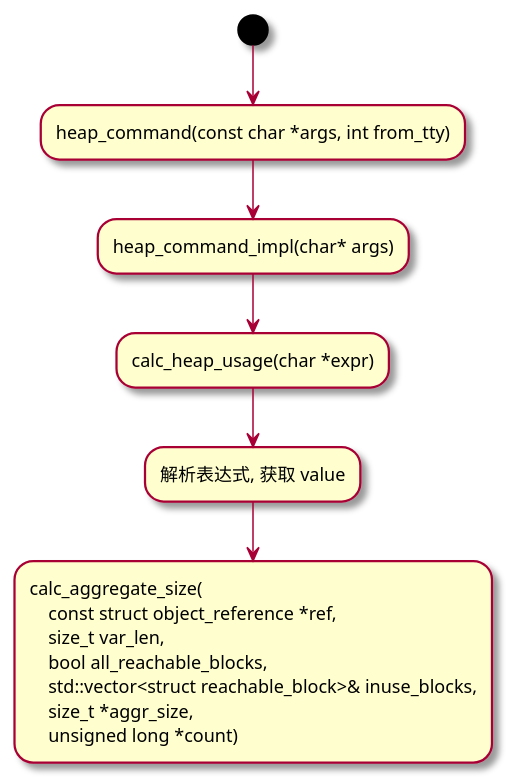
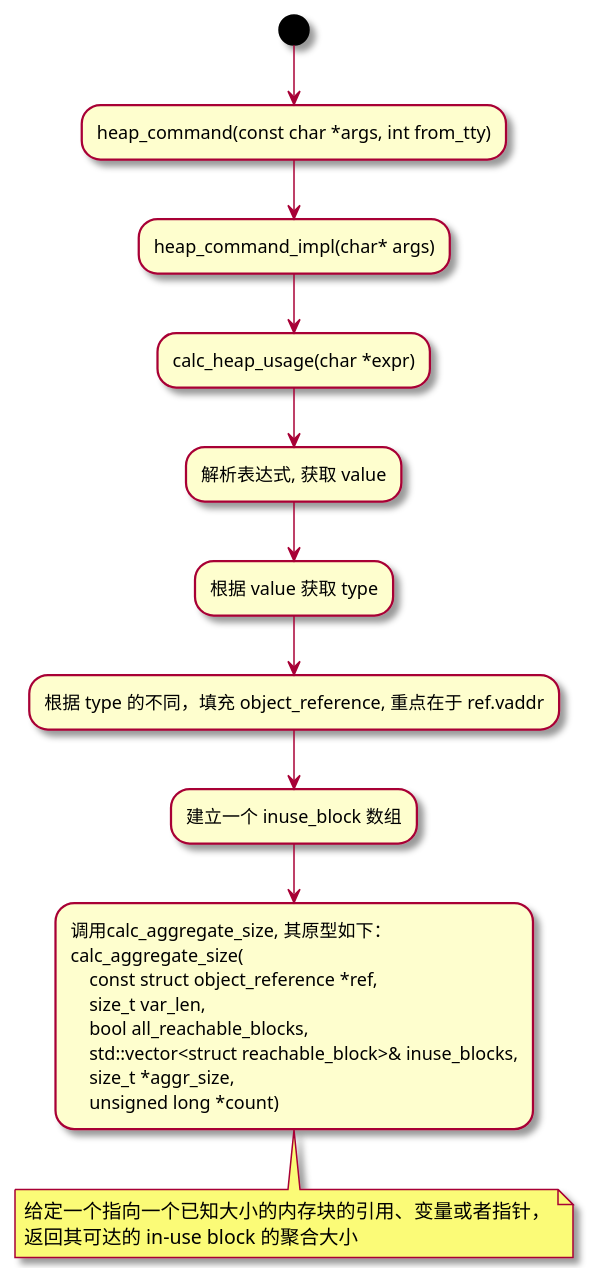
One commit to mingleeShade/MyPlantUML changed the diagram in src/code_analyzer/heap_usage_activity.puml. Above: the diagram before and after it, drawn with PlantUML. The commit also changed 3 other files, not shown here.

Commit message:
增加 obj_command 活动图，完善类图

```diff
--- a/src/code_analyzer/heap_usage_activity.puml
+++ b/src/code_analyzer/heap_usage_activity.puml
@@ -1,15 +1,21 @@
 @startuml heap_usage_activity
 ' 通用设置
 skin rose
 
 (*)-->"heap_command(const char *args, int from_tty)" as heap_command
 
 heap_command-->"heap_command_impl(char* args)" as heap_command_impl
 
 heap_command_impl--> "calc_heap_usage(char *expr)" as calc_heap_usage
 
 calc_heap_usage-->"解析表达式, 获取 value"
-
---> "calc_aggregate_size(\n    const struct object_reference *ref, \n    size_t var_len,\n    bool all_reachable_blocks,\n    std::vector<struct reachable_block>& inuse_blocks,\n    size_t *aggr_size,\n    unsigned long *count)" 
+--> "根据 value 获取 type"
+--> "根据 type 的不同，填充 object_reference, 重点在于 ref.vaddr"
+--> "建立一个 inuse_block 数组"
+--> "调用calc_aggregate_size, 其原型如下：\ncalc_aggregate_size(\n    const struct object_reference *ref, \n    size_t var_len,\n    bool all_reachable_blocks,\n    std::vector<struct reachable_block>& inuse_blocks,\n    size_t *aggr_size,\n    unsigned long *count)" 
+note bottom
+    给定一个指向一个已知大小的内存块的引用、变量或者指针，
+    返回其可达的 in-use block 的聚合大小
+end note
 
 @enduml
```
